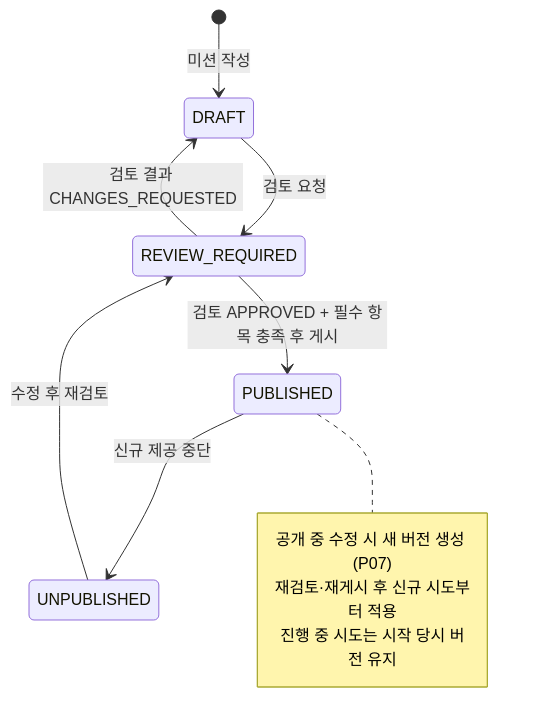
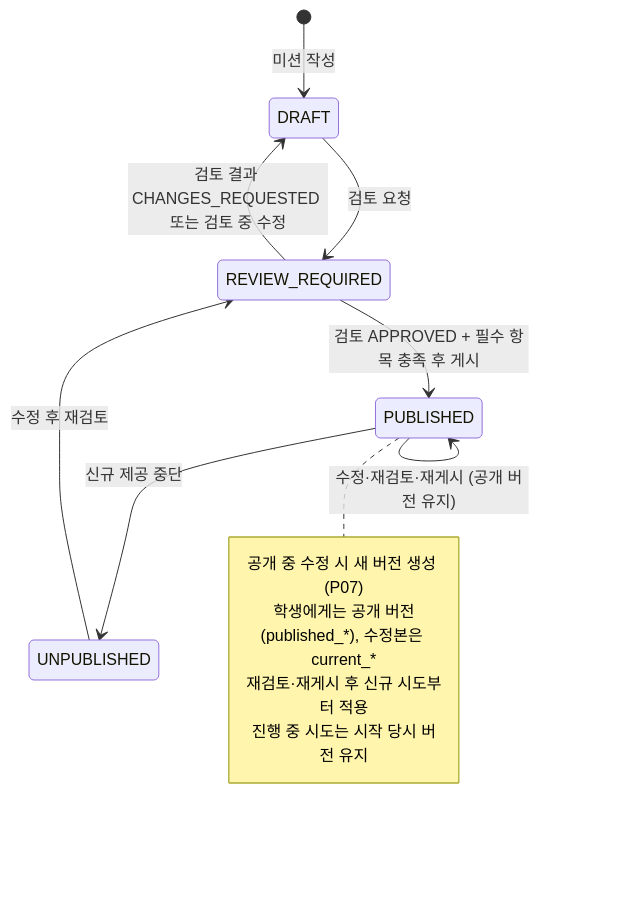
Before and after one commit to SKNETWORKS-FAMILY-AICAMP/SKN34-FINAL-3TEAM: the fourth of 17 diagrams in docs/design/state-diagram.md, drawn with Mermaid. The commit also changed other lines of this file and 3 other files, not shown here.

````diff
--- a/docs/design/state-diagram.md
+++ b/docs/design/state-diagram.md
@@ -108,14 +108,16 @@
 ```mermaid
 stateDiagram-v2
   [*] --> DRAFT: 미션 작성
   DRAFT --> REVIEW_REQUIRED: 검토 요청
-  REVIEW_REQUIRED --> DRAFT: 검토 결과 CHANGES_REQUESTED
+  REVIEW_REQUIRED --> DRAFT: 검토 결과 CHANGES_REQUESTED 또는 검토 중 수정
   REVIEW_REQUIRED --> PUBLISHED: 검토 APPROVED + 필수 항목 충족 후 게시
+  PUBLISHED --> PUBLISHED: 수정·재검토·재게시 (공개 버전 유지)
   PUBLISHED --> UNPUBLISHED: 신규 제공 중단
   UNPUBLISHED --> REVIEW_REQUIRED: 수정 후 재검토
   note right of PUBLISHED
     공개 중 수정 시 새 버전 생성 (P07)
+    학생에게는 공개 버전(published_*), 수정본은 current_*
     재검토·재게시 후 신규 시도부터 적용
     진행 중 시도는 시작 당시 버전 유지
   end note
 ```
````
